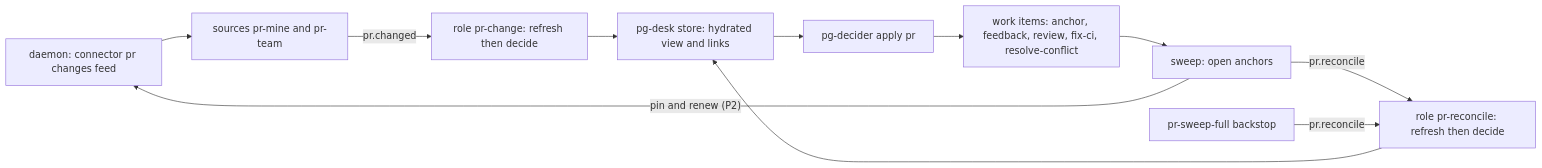
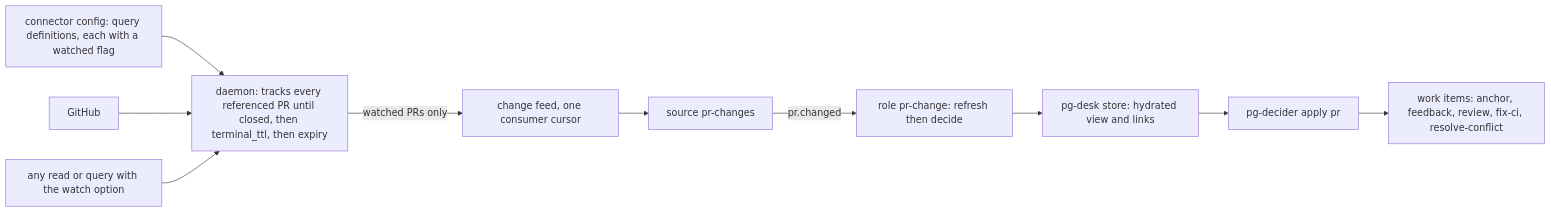
The first of 2 diagrams in docs/superpowers/specs/2026-10-20-pr-lane-refactor-design.md (phillipgreenii/nix-agent-support), drawn with Mermaid before and after one commit. The commit also changed other lines of this file, not shown here.

Commit message:
docs: PR lane refactor design v3, tracked versus watched, no reconcile (pg2-6mo45.2)

````diff
--- a/docs/superpowers/specs/2026-10-20-pr-lane-refactor-design.md
+++ b/docs/superpowers/specs/2026-10-20-pr-lane-refactor-design.md
@@ -185,13 +211,12 @@
 ```mermaid
 flowchart LR
-  D["daemon: connector pr changes feed"] --> S["sources pr-mine and pr-team"]
+  CFG["connector config: query definitions, each with a watched flag"] --> D
+  GH["GitHub"] --> D["daemon: tracks every referenced PR until closed, then terminal_ttl, then expiry"]
+  RD["any read or query with the watch option"] --> D
+  D -->|"watched PRs only"| FEED["change feed, one consumer cursor"]
+  FEED --> S["source pr-changes"]
   S -->|"pr.changed"| H["role pr-change: refresh then decide"]
-  K["sweep: open anchors"] -->|"pr.reconcile"| R["role pr-reconcile: refresh then decide"]
-  B["pr-sweep-full backstop"] -->|"pr.reconcile"| R
   H --> V["pg-desk store: hydrated view and links"]
-  R --> V
   V --> X["pg-decider apply pr"]
   X --> W["work items: anchor, feedback, review, fix-ci, resolve-conflict"]
-  W --> K
-  K -->|"pin and renew (P2)"| D
 ```
````
